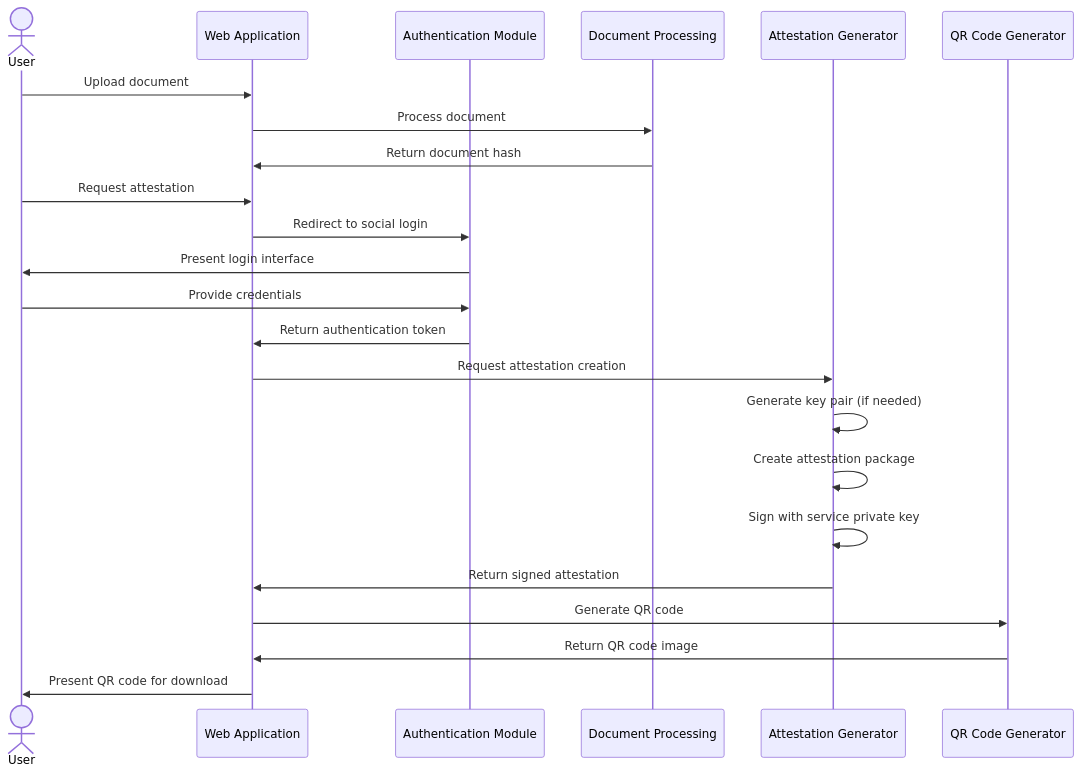
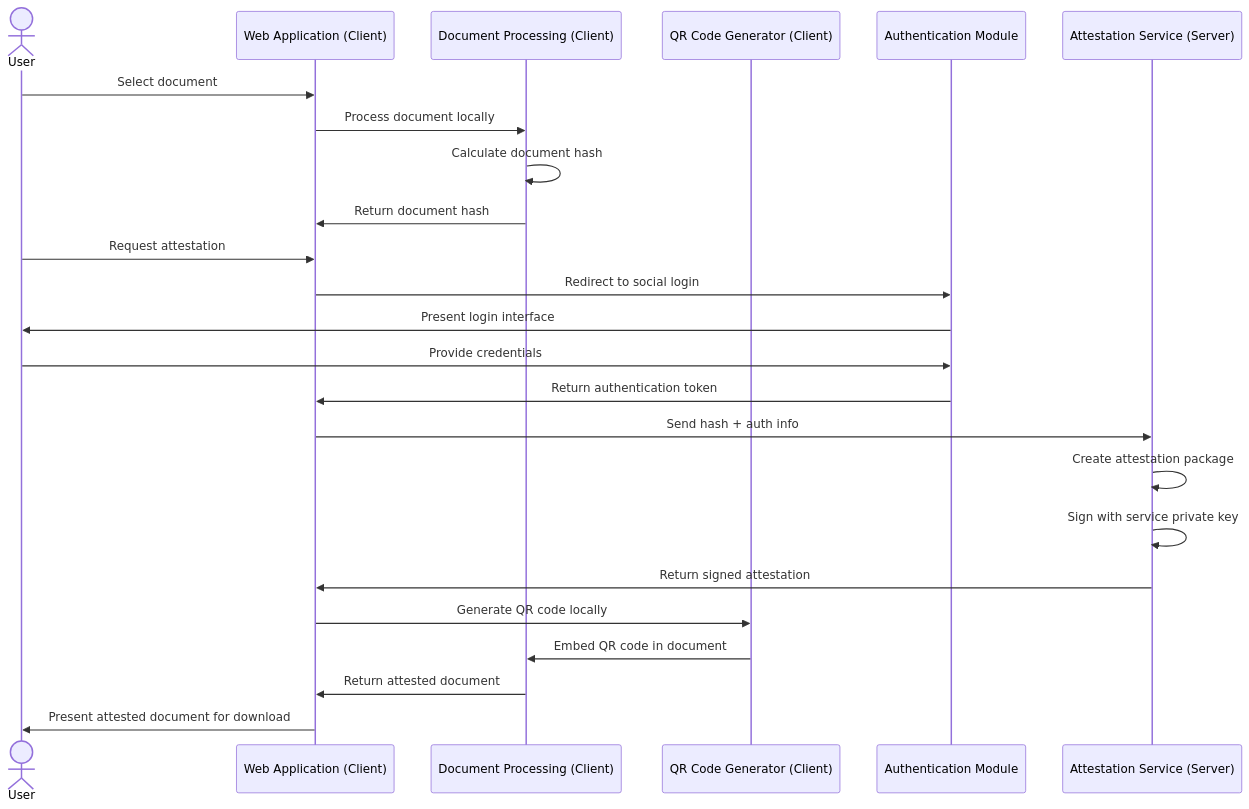
One commit to seal-codes/webapp changed the first of 7 diagrams in ARCHITECTURE.md. Above: the diagram before and after it, drawn with Mermaid. The commit also changed other lines of this file, not shown here.

Commit message:
Update architecture to emphasize client-side document processing for privacy

````diff
--- a/ARCHITECTURE.md
+++ b/ARCHITECTURE.md
@@ -23,29 +24,30 @@
 ```mermaid
 sequenceDiagram
     actor User
-    participant WebApp as Web Application
+    participant WebApp as Web Application (Client)
+    participant DocProc as Document Processing (Client)
+    participant QRGen as QR Code Generator (Client)
     participant Auth as Authentication Module
-    participant DocEngine as Document Processing
-    participant AttestGen as Attestation Generator
-    participant QRGen as QR Code Generator
+    participant AttestService as Attestation Service (Server)
     
-    User->>WebApp: Upload document
-    WebApp->>DocEngine: Process document
-    DocEngine->>WebApp: Return document hash
+    User->>WebApp: Select document
+    WebApp->>DocProc: Process document locally
+    DocProc->>DocProc: Calculate document hash
+    DocProc->>WebApp: Return document hash
     
     User->>WebApp: Request attestation
     WebApp->>Auth: Redirect to social login
     Auth->>User: Present login interface
     User->>Auth: Provide credentials
     Auth->>WebApp: Return authentication token
     
-    WebApp->>AttestGen: Request attestation creation
-    AttestGen->>AttestGen: Generate key pair (if needed)
-    AttestGen->>AttestGen: Create attestation package
-    AttestGen->>AttestGen: Sign with service private key
-    AttestGen->>WebApp: Return signed attestation
+    WebApp->>AttestService: Send hash + auth info
+    AttestService->>AttestService: Create attestation package
+    AttestService->>AttestService: Sign with service private key
+    AttestService->>WebApp: Return signed attestation
     
-    WebApp->>QRGen: Generate QR code
-    QRGen->>WebApp: Return QR code image
-    WebApp->>User: Present QR code for download
+    WebApp->>QRGen: Generate QR code locally
+    QRGen->>DocProc: Embed QR code in document
+    DocProc->>WebApp: Return attested document
+    WebApp->>User: Present attested document for download
 ```
````
